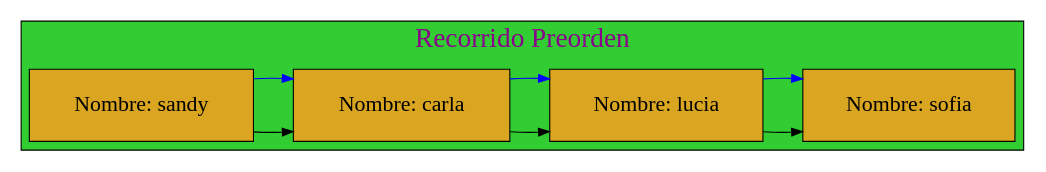
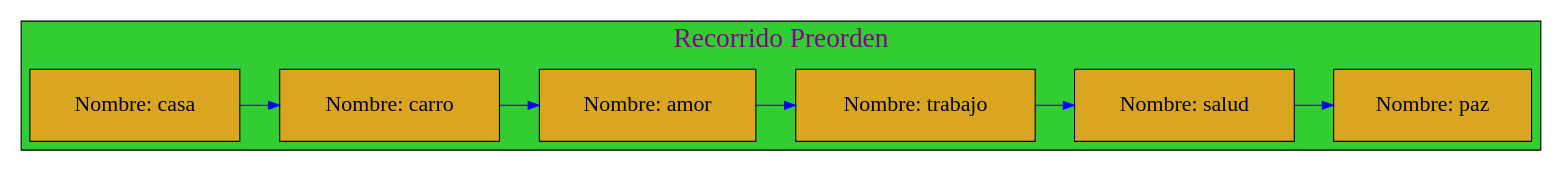
One commit to mariotun/EDD_1S2020_PY1_201602942 changed the diagram in Graficas/Recorrido_Preorden.dot. Above: the diagram before and after it, drawn with Graphviz. The commit also changed 19 other files, not shown here.

```diff
--- a/Graficas/Recorrido_Preorden.dot
+++ b/Graficas/Recorrido_Preorden.dot
@@ -1,26 +1,28 @@
 digraph Preorden_Traversal{
 
 graph[ranksep= "0.5",nodesep= "0.5"];subgraph cluster_4{
 
 label="Recorrido Preorden";
 labelloc=t;
 fontcolor=magenta4;
 fontname=algerian;
 fontsize=25;
 style=filled;
 fillcolor=limegreen;
 
 node[margin=0.3 shape=box style=filled fontcolor=black fillcolor=goldenrod fontsize=20];
 {rank=same;
 
-25770483664[label="Nombre: sandy " ];
-25770483920[label="Nombre: carla " ];
-25770483392[label="Nombre: lucia " ];
-25770483232[label="Nombre: sofia " ];
+25770475840[label="Nombre: casa " ];
+25770476048[label="Nombre: carro " ];
+25770476704[label="Nombre: amor " ];
+25770476448[label="Nombre: trabajo " ];
+25770476256[label="Nombre: salud " ];
+25770477264[label="Nombre: paz " ];
 };
-25770483664 -> 25770483920 -> 25770483392 -> 25770483232 25770483664 -> 25770483920 -> 25770483392 -> 25770483232 
+25770475840 -> 25770476048 -> 25770476704 -> 25770476448 -> 25770476256 -> 25770477264 
 
 [color=blue ];
 }
 
 }
```
